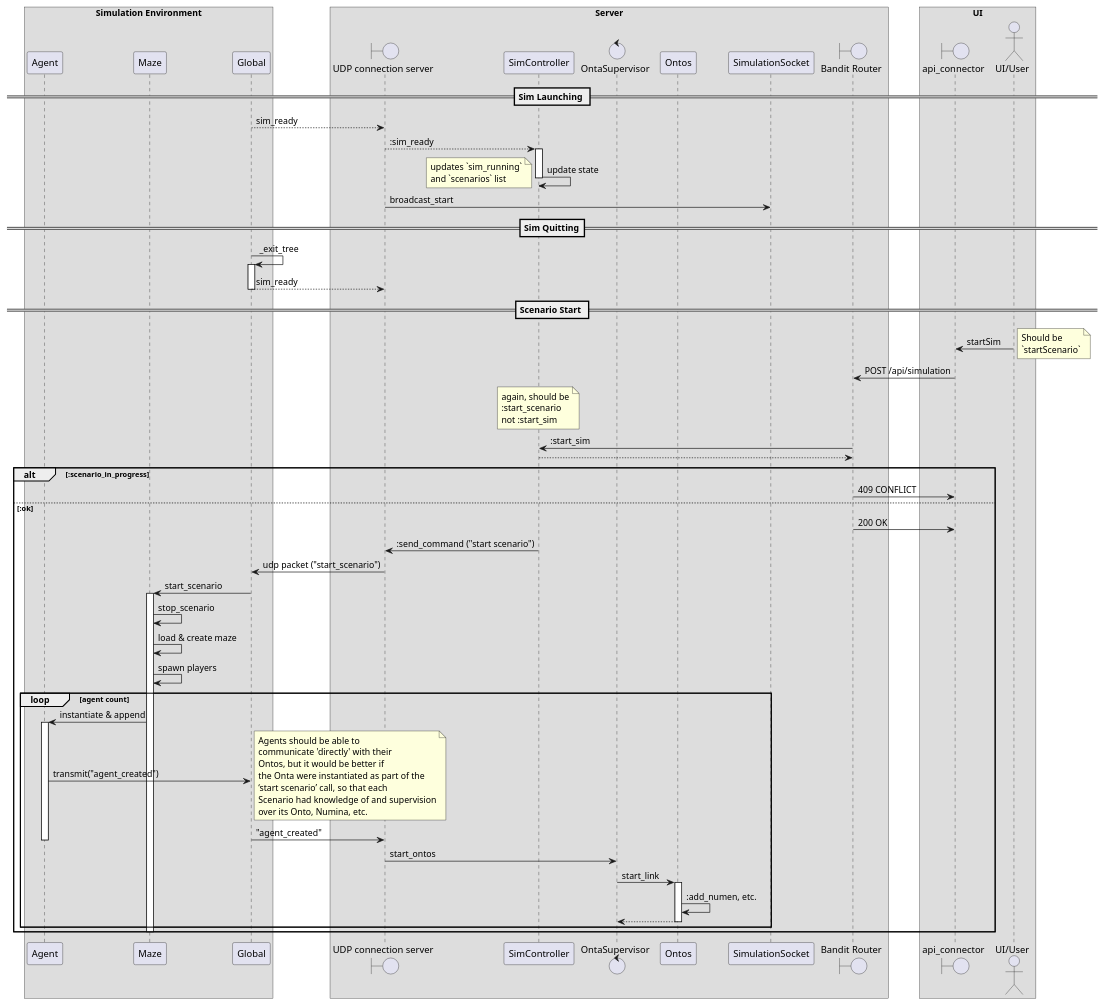
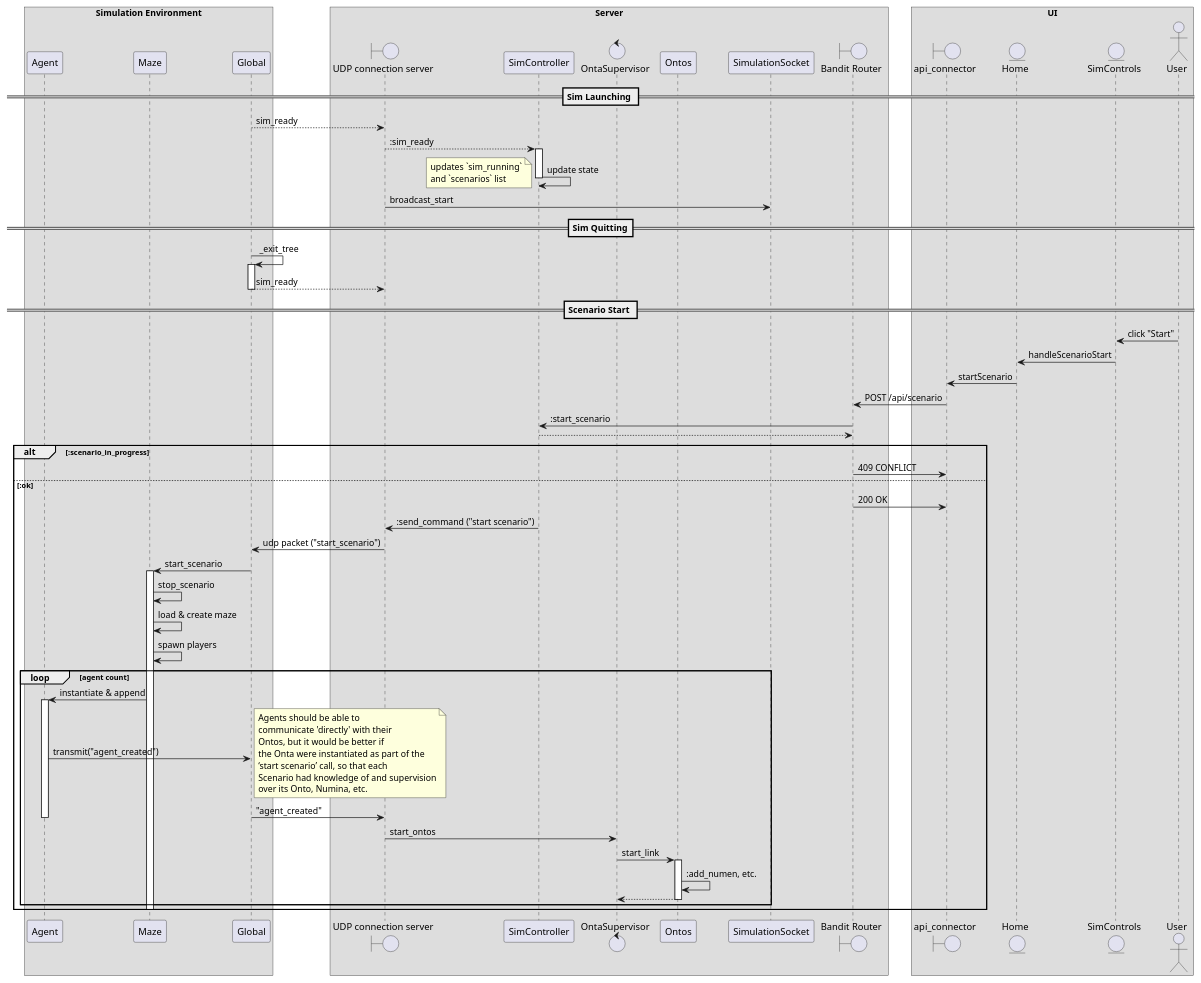
The diagram in docs/messages.puml (jpgringo/ggp_sim_001), drawn with PlantUML before and after one commit. The commit also changed 5 other files, not shown here.

First line of the commit message:
rationalized nomenclature around "start scenario" (to eliminate confusion with the Sim itself starting)

```diff
--- a/docs/messages.puml
+++ b/docs/messages.puml
@@ -1,95 +1,90 @@
 @startuml
 'https://plantuml.com/sequence-diagram
 
 'autonumber
 
 box "Simulation Environment"
     participant Agent
     participant Maze
     participant Global
 end box
 
 box "Server"
     boundary "UDP connection server" as UCS
     participant SimController as SC
     control OntaSupervisor as OS
     participant Ontos
     participant SimulationSocket as SS
     boundary "Bandit Router" as BR
 end box
 
 box "UI"
     boundary api_connector as APIC
-    actor "UI/User" as UI
+    entity Home as U_Home
+    entity SimControls as U_SCtrl
+    actor User
 end box
 
 == Sim Launching ==
 
 Global --> UCS: sim_ready
 UCS --> SC: :sim_ready
 activate SC
     SC -> SC: update state
     note left
         updates `sim_running`
         and `scenarios` list
     end note
 deactivate SC
 UCS -> SS: broadcast_start
 
 == Sim Quitting==
 
 Global -> Global: _exit_tree
 activate Global
 Global --> UCS: sim_ready
 deactivate Global
 
 == Scenario Start ==
-    UI -> APIC: startSim
-    note right
-    Should be
-    `startScenario`
-    end note
-    APIC -> BR: POST /api/simulation
-    note over SC
-        again, should be
-        :start_scenario
-        not :start_sim
-    end note
-    BR -> SC: :start_sim
+    User -> U_SCtrl: click "Start"
+    U_SCtrl -> U_Home: handleScenarioStart
+    U_Home -> APIC: startScenario
+    APIC -> BR: POST /api/scenario
+    BR -> SC: :start_scenario
     return
     alt :scenario_in_progress
         BR -> APIC: 409 CONFLICT
     else :ok
         BR -> APIC: 200 OK
         SC -> UCS: :send_command ("start scenario")
         UCS -> Global: udp packet ("start_scenario")
         Global -> Maze: start_scenario
         activate Maze
         Maze -> Maze: stop_scenario
         Maze -> Maze: load & create maze
         Maze -> Maze: spawn players
         loop agent count
             Maze -> Agent: instantiate & append
             activate Agent
                 Agent -> Global: transmit("agent_created")
                 note right
                     Agents should be able to
                     communicate 'directly' with their
                     Ontos, but it would be better if
                     the Onta were instantiated as part of the
                     ‘start scenario’ call, so that each
                     Scenario had knowledge of and supervision
                     over its Onto, Numina, etc.
                 end note
                 Global -> UCS: "agent_created"
             deactivate Agent
             UCS -> OS:start_ontos
             OS -> Ontos:start_link
             activate Ontos
                 Ontos -> Ontos: :add_numen, etc.
                 return
             deactivate Ontos
         end
         deactivate Maze
     end
 @enduml
```
